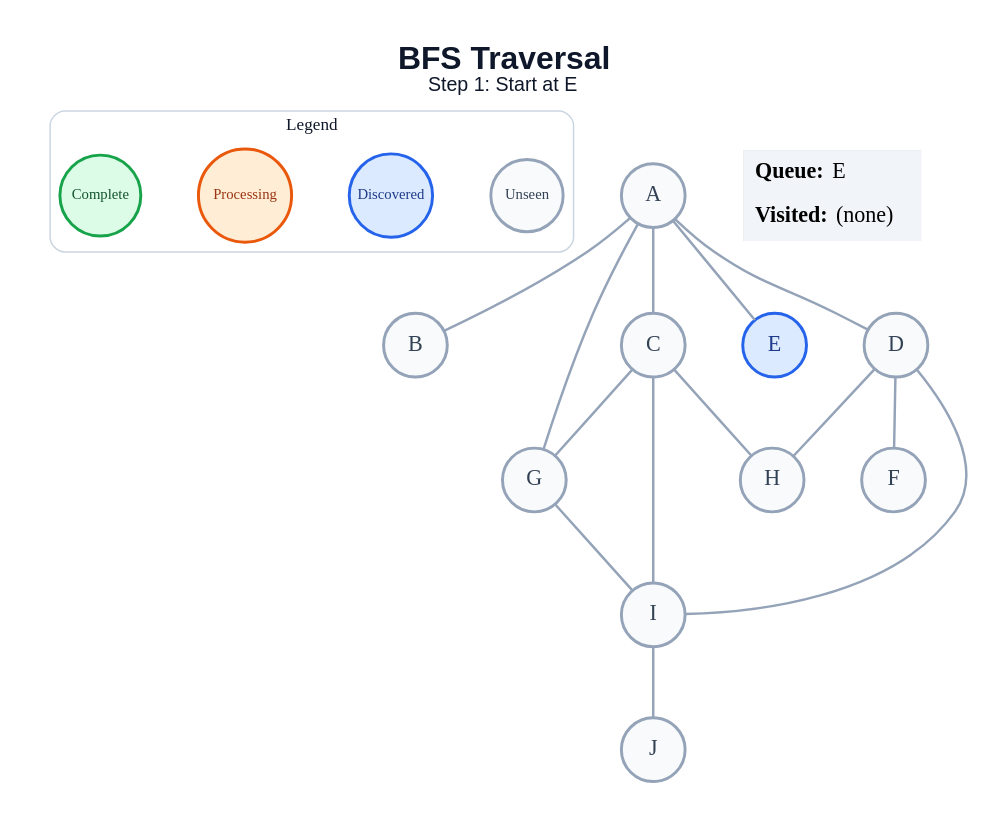
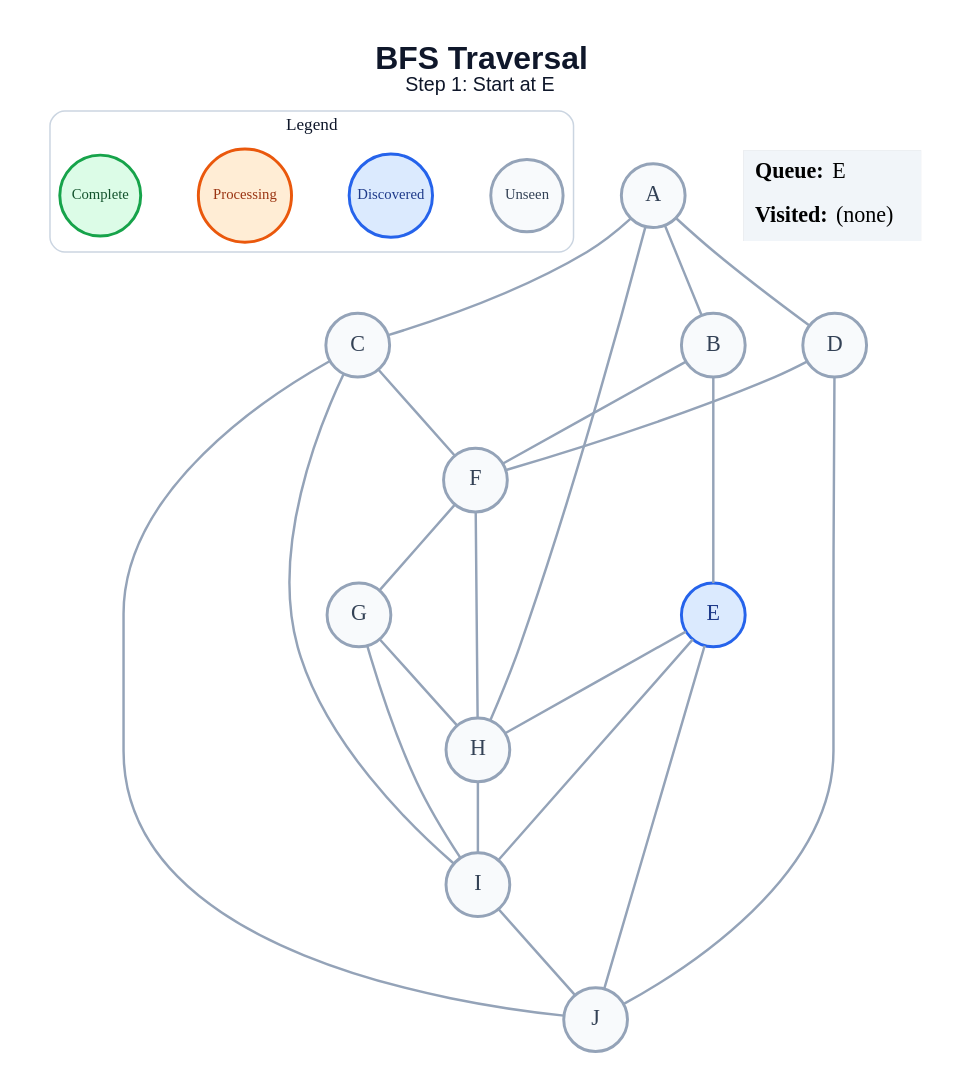
Before and after one commit to amanghodawala9/ai-slop: the diagram in generated/specific-node/bfs/step_01.dot, drawn with Graphviz. The commit also changed 178 other files, not shown here.

```diff
--- a/generated/specific-node/bfs/step_01.dot
+++ b/generated/specific-node/bfs/step_01.dot
@@ -1,42 +1,49 @@
 graph traversal {
   graph [layout=dot, rankdir=TB, bgcolor="#FFFFFF", pad="0.35", nodesep="0.65", ranksep="0.8", fontname="Arial"];
   node [shape=circle, style="filled", fontname="Arial Bold", fontsize=18, width=0.72, fixedsize=true, penwidth=2.4];
   edge [color="#94A3B8", penwidth=2.0];
   label=<<B>BFS Traversal</B><BR/><FONT POINT-SIZE="16">Step 1: Start at E</FONT>>; labelloc="t"; fontsize=26; fontname="Arial"; fontcolor="#0F172A";
   subgraph cluster_legend { label="Legend"; color="#CBD5E1"; penwidth=1.2; style="rounded"; fontsize=14; fontname="Arial Bold";
     key_unseen [label="Unseen", fillcolor="#F8FAFC", color="#94A3B8", fontcolor="#334155", fontsize=12, width=0.82];
     key_frontier [label="Discovered", fillcolor="#DBEAFE", color="#2563EB", fontcolor="#1E3A8A", fontsize=12, width=0.95];
     key_current [label="Processing", fillcolor="#FFEDD5", color="#EA580C", fontcolor="#9A3412", fontsize=12, width=1.05];
     key_done [label="Complete", fillcolor="#DCFCE7", color="#16A34A", fontcolor="#14532D", fontsize=12, width=0.92];
     { rank=same; key_unseen; key_frontier; key_current; key_done; }
   }
   A [fillcolor="#F8FAFC", color="#94A3B8", fontcolor="#334155"];
   B [fillcolor="#F8FAFC", color="#94A3B8", fontcolor="#334155"];
   C [fillcolor="#F8FAFC", color="#94A3B8", fontcolor="#334155"];
   D [fillcolor="#F8FAFC", color="#94A3B8", fontcolor="#334155"];
   E [fillcolor="#DBEAFE", color="#2563EB", fontcolor="#1E3A8A"];
   F [fillcolor="#F8FAFC", color="#94A3B8", fontcolor="#334155"];
   G [fillcolor="#F8FAFC", color="#94A3B8", fontcolor="#334155"];
   H [fillcolor="#F8FAFC", color="#94A3B8", fontcolor="#334155"];
   I [fillcolor="#F8FAFC", color="#94A3B8", fontcolor="#334155"];
   J [fillcolor="#F8FAFC", color="#94A3B8", fontcolor="#334155"];
   A -- B;
   A -- C;
   A -- D;
-  A -- E;
-  A -- G;
-  C -- G;
-  C -- H;
+  A -- H;
+  B -- E;
+  B -- F;
+  C -- F;
   C -- I;
+  C -- J;
   D -- F;
-  D -- H;
-  D -- I;
+  D -- J;
+  E -- H;
+  E -- I;
+  E -- J;
+  F -- G;
+  F -- H;
+  G -- H;
   G -- I;
+  H -- I;
   I -- J;
   status [shape=plain, fixedsize=false, width=0, height=0, margin=0, label=<
     <TABLE BORDER="0" CELLBORDER="0" CELLPADDING="7" BGCOLOR="#F1F5F9">
       <TR><TD ALIGN="LEFT"><B>Queue:</B> E</TD></TR>
       <TR><TD ALIGN="LEFT"><B>Visited:</B> (none)</TD></TR>
     </TABLE>
   >];
 }
```
